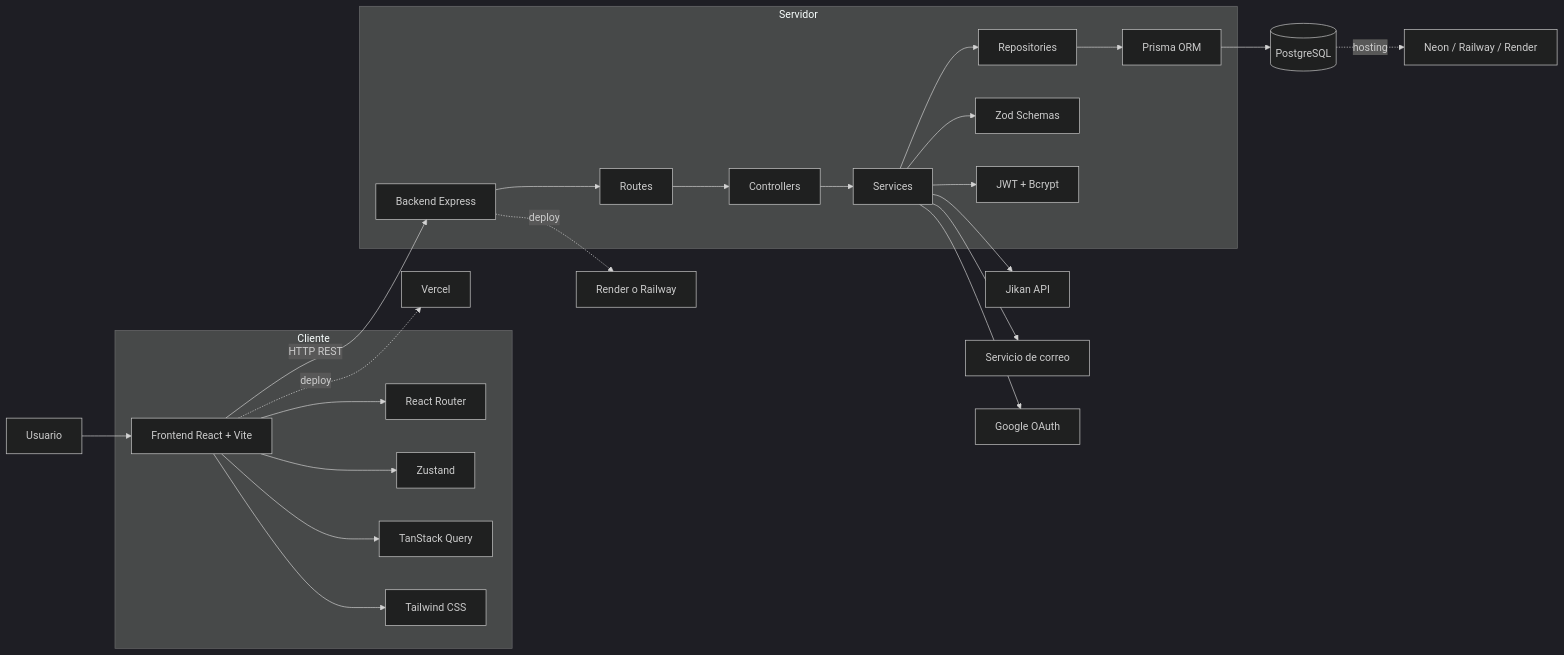
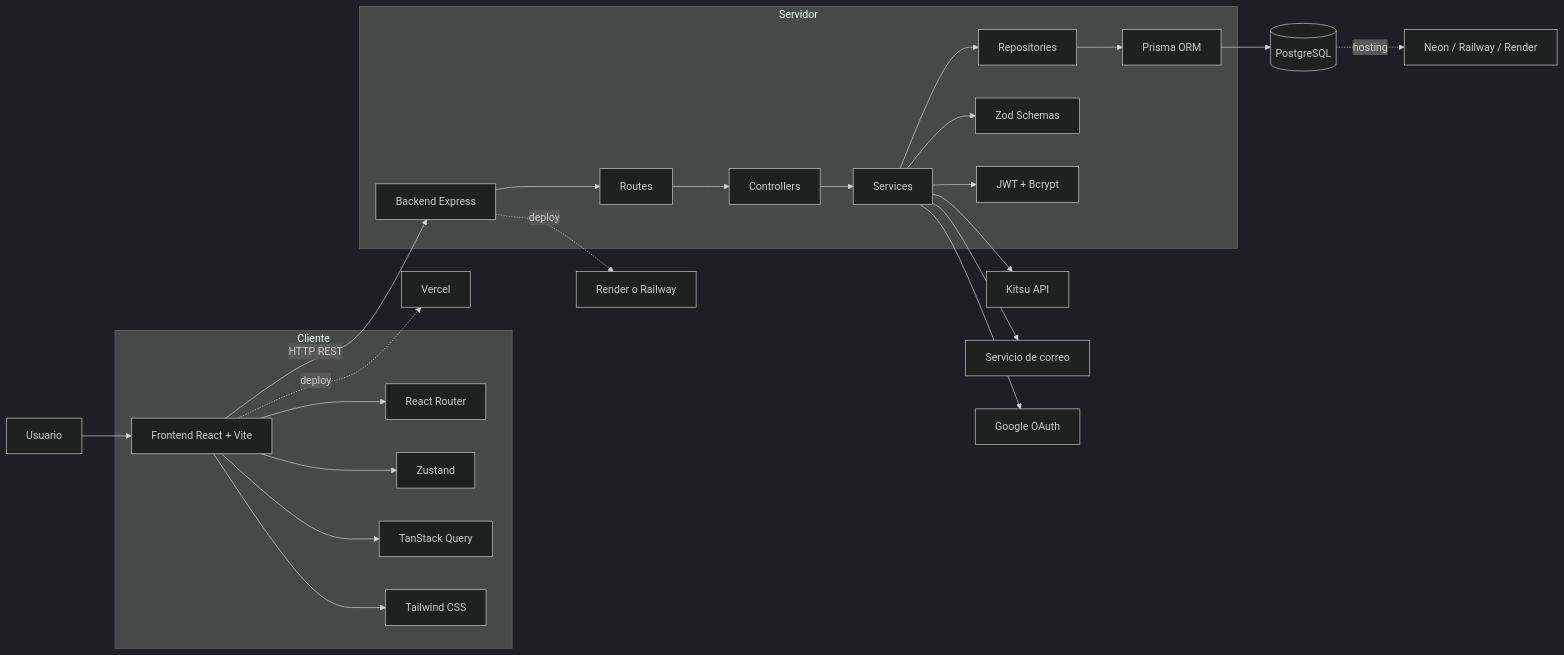
The diagram in AnimeTracker/07 Diagramas/Diagrama de Arquitectura.md (Chris20033/AnimeTracker-Docs), drawn with Mermaid (dark theme) before and after one commit. The commit also changed 19 other files, not shown here.

````diff
--- a/AnimeTracker/07 Diagramas/Diagrama de Arquitectura.md
+++ b/AnimeTracker/07 Diagramas/Diagrama de Arquitectura.md
@@ -13,32 +13,32 @@
 ```mermaid
 flowchart LR
     User[Usuario] --> Frontend[Frontend React + Vite]
 
     subgraph Client[Cliente]
         Frontend --> Router[React Router]
         Frontend --> State[Zustand]
         Frontend --> Query[TanStack Query]
         Frontend --> UI[Tailwind CSS]
     end
 
     Frontend -->|HTTP REST| API[Backend Express]
 
     subgraph Backend[Servidor]
         API --> Routes[Routes]
         Routes --> Controllers[Controllers]
         Controllers --> Services[Services]
         Services --> Repositories[Repositories]
         Services --> Validation[Zod Schemas]
         Services --> Auth[JWT + Bcrypt]
         Repositories --> Prisma[Prisma ORM]
     end
 
     Prisma --> DB[(PostgreSQL)]
-    Services --> AnimeAPI[Jikan API]
+    Services --> AnimeAPI[Kitsu API]
     Services --> Email[Servicio de correo]
     Services --> Google[Google OAuth]
 
     Frontend -. deploy .-> Vercel[Vercel]
     API -. deploy .-> Render[Render o Railway]
     DB -. hosting .-> Neon[Neon / Railway / Render]
 ```
````
